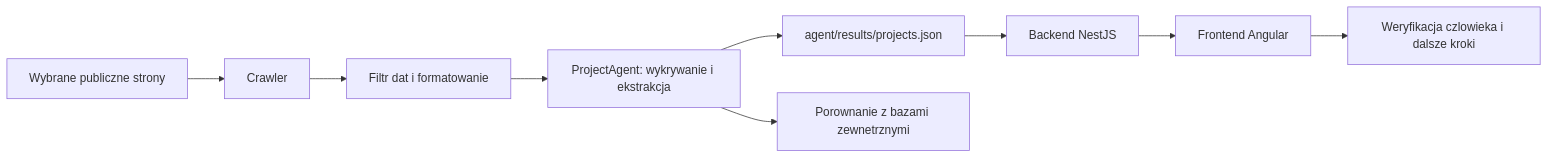
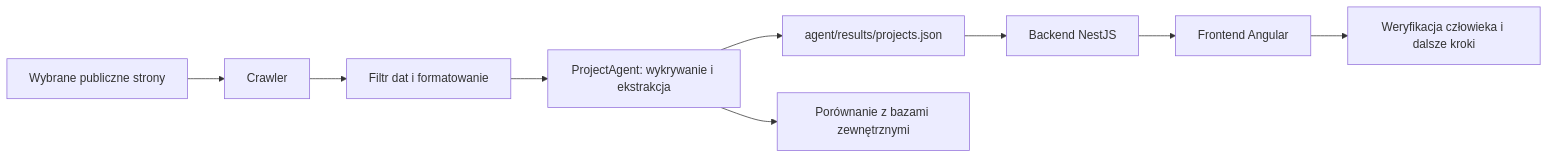
One commit to TymoteuszMH/radar-innowacji changed the diagram in readme.md. Above: the diagram before and after it, drawn with Mermaid. The commit also changed other lines of this file, not shown here.

````diff
--- a/readme.md
+++ b/readme.md
@@ -23,11 +23,11 @@
 ```mermaid
 flowchart LR
 	S[Wybrane publiczne strony] --> C[Crawler]
 	C --> F[Filtr dat i formatowanie]
 	F --> A[ProjectAgent: wykrywanie i ekstrakcja]
 	A --> R[agent/results/projects.json]
-	A --> P[Porownanie z bazami zewnetrznymi]
+	A --> P[Porównanie z bazami zewnętrznymi]
 	R --> B[Backend NestJS]
 	B --> U[Frontend Angular]
-	U --> H[Weryfikacja czlowieka i dalsze kroki]
+	U --> H[Weryfikacja człowieka i dalsze kroki]
 ```
````
